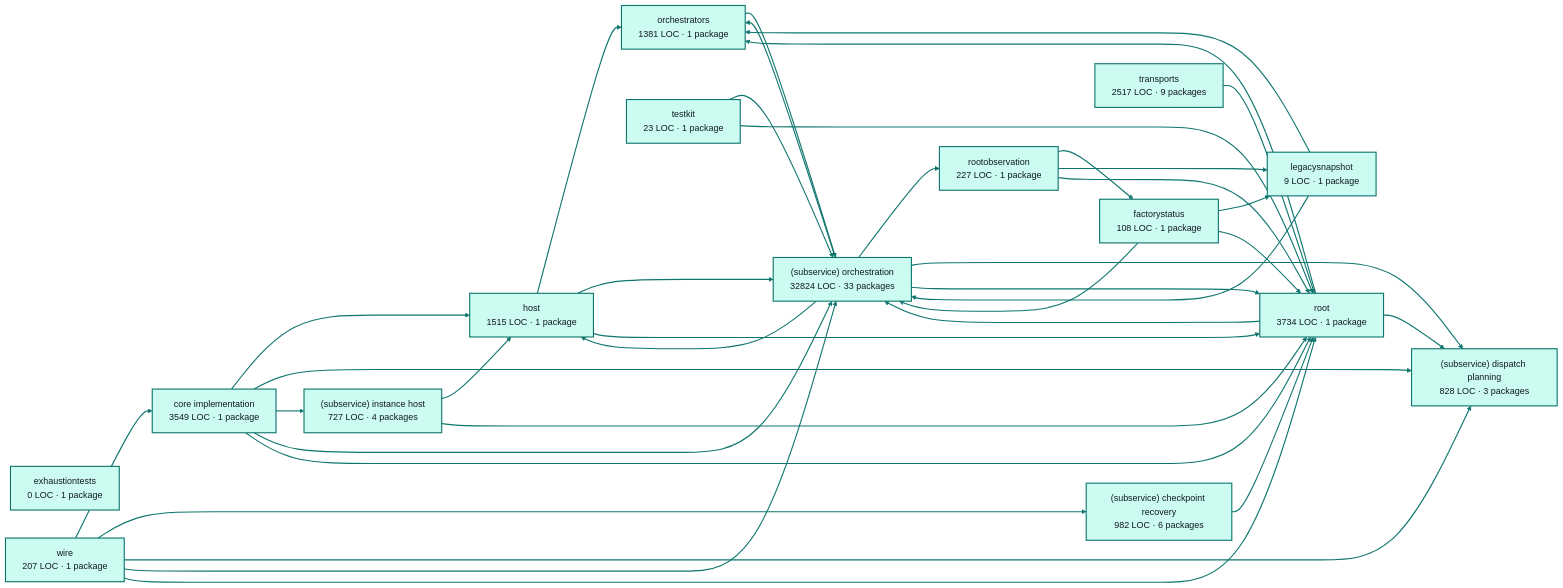
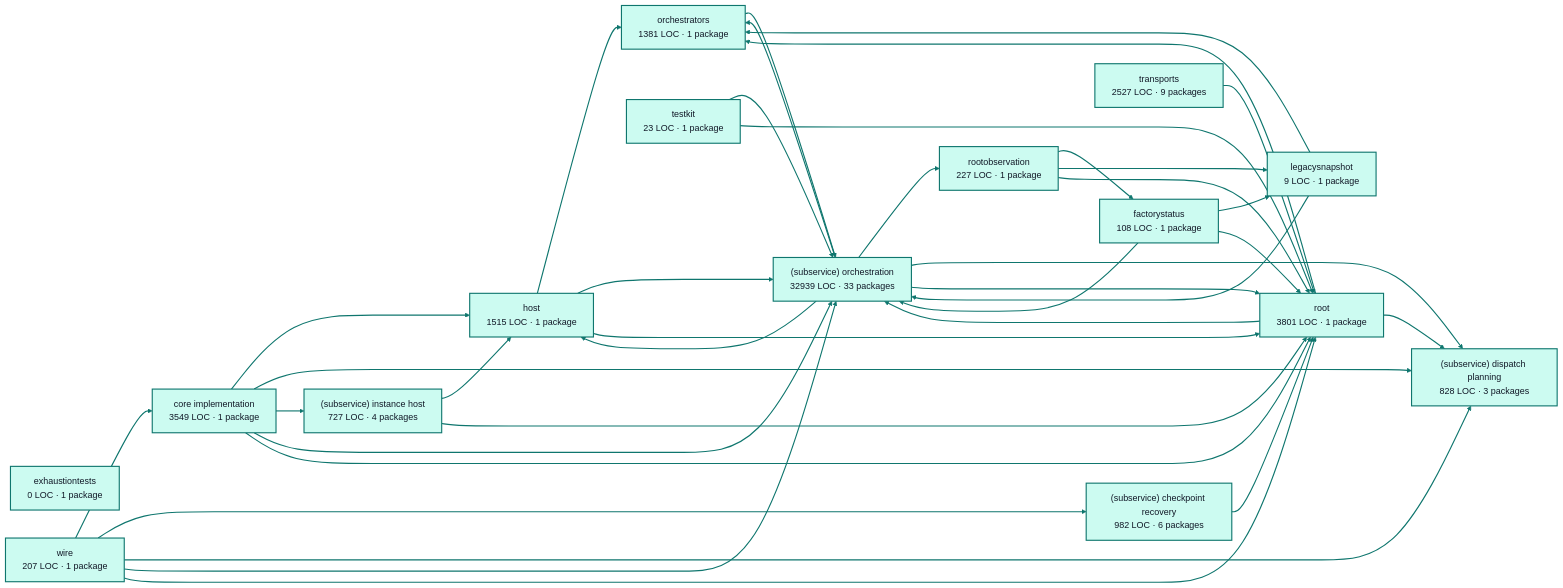
One commit to portpowered/you-agent-factory changed the diagram in docs/architecture/visualizations/services/factory_runtime.md. Above: the diagram before and after it, drawn with Mermaid. The commit also changed other lines of this file and 20 other files, not shown here.

Commit message:
docs: refresh backend architecture visualizations

````diff
--- a/docs/architecture/visualizations/services/factory_runtime.md
+++ b/docs/architecture/visualizations/services/factory_runtime.md
@@ -11,70 +11,70 @@
 ```mermaid
 flowchart LR
   p0["core implementation<br/>3549 LOC · 1 package"]
   p1["exhaustiontests<br/>0 LOC · 1 package"]
   p2["factorystatus<br/>108 LOC · 1 package"]
   p3["host<br/>1515 LOC · 1 package"]
   p4["legacysnapshot<br/>9 LOC · 1 package"]
   p5["orchestrators<br/>1381 LOC · 1 package"]
   p6["rootobservation<br/>227 LOC · 1 package"]
   p7["(subservice) checkpoint recovery<br/>982 LOC · 6 packages"]
   p8["(subservice) dispatch planning<br/>828 LOC · 3 packages"]
   p9["(subservice) instance host<br/>727 LOC · 4 packages"]
-  p10["(subservice) orchestration<br/>32824 LOC · 33 packages"]
+  p10["(subservice) orchestration<br/>32939 LOC · 33 packages"]
   p11["testkit<br/>23 LOC · 1 package"]
-  p12["root<br/>3734 LOC · 1 package"]
-  p13["transports<br/>2517 LOC · 9 packages"]
+  p12["root<br/>3801 LOC · 1 package"]
+  p13["transports<br/>2527 LOC · 9 packages"]
   p14["wire<br/>207 LOC · 1 package"]
   p0 --> p3
   p0 --> p8
   p0 --> p9
   p0 --> p10
   p0 --> p12
   p2 --> p4
   p2 --> p10
   p2 --> p12
   p3 --> p5
   p3 --> p10
   p3 --> p12
   p4 --> p5
   p4 --> p10
   p5 --> p10
   p6 --> p2
   p6 --> p4
   p6 --> p12
   p7 --> p12
   p9 --> p3
   p9 --> p12
   p10 --> p3
   p10 --> p5
   p10 --> p6
   p10 --> p8
   p10 --> p12
   p11 --> p10
   p11 --> p12
   p12 --> p5
   p12 --> p8
   p12 --> p10
   p13 --> p12
   p14 --> p0
   p14 --> p7
   p14 --> p8
   p14 --> p10
   p14 --> p12
   style p0 fill:#ccfbf1,stroke:#0f766e,stroke-width:2px,color:#111827
   style p1 fill:#ccfbf1,stroke:#0f766e,stroke-width:2px,color:#111827
   style p2 fill:#ccfbf1,stroke:#0f766e,stroke-width:2px,color:#111827
   style p3 fill:#ccfbf1,stroke:#0f766e,stroke-width:2px,color:#111827
   style p4 fill:#ccfbf1,stroke:#0f766e,stroke-width:2px,color:#111827
   style p5 fill:#ccfbf1,stroke:#0f766e,stroke-width:2px,color:#111827
   style p6 fill:#ccfbf1,stroke:#0f766e,stroke-width:2px,color:#111827
   style p7 fill:#ccfbf1,stroke:#0f766e,stroke-width:2px,color:#111827
   style p8 fill:#ccfbf1,stroke:#0f766e,stroke-width:2px,color:#111827
   style p9 fill:#ccfbf1,stroke:#0f766e,stroke-width:2px,color:#111827
   style p10 fill:#ccfbf1,stroke:#0f766e,stroke-width:2px,color:#111827
   style p11 fill:#ccfbf1,stroke:#0f766e,stroke-width:2px,color:#111827
   style p12 fill:#ccfbf1,stroke:#0f766e,stroke-width:2px,color:#111827
   style p13 fill:#ccfbf1,stroke:#0f766e,stroke-width:2px,color:#111827
   style p14 fill:#ccfbf1,stroke:#0f766e,stroke-width:2px,color:#111827
   linkStyle default stroke:#0f766e,stroke-width:2px
 ```
````
